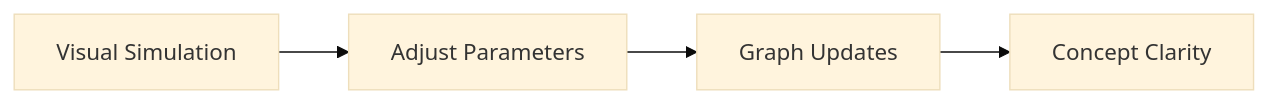
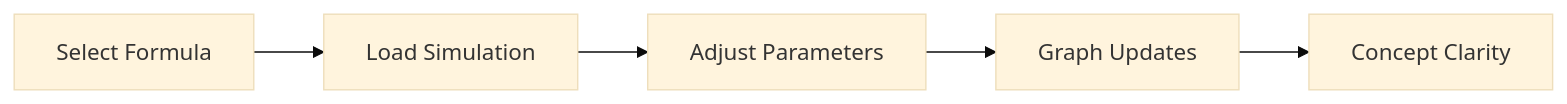
The diagram in README.md (nirmalyamohanty/phyzics), drawn with Mermaid (base theme) before and after one commit. The commit also changed other lines of this file, not shown here.

````diff
--- a/README.md
+++ b/README.md
@@ -105,6 +130,7 @@
 ```mermaid
 flowchart LR
-A[Visual Simulation] --> B[Adjust Parameters]
-B --> C[Graph Updates]
-C --> D[Concept Clarity]
+A[Select Formula] --> B[Load Simulation]
+B --> C[Adjust Parameters]
+C --> D[Graph Updates]
+D --> E[Concept Clarity]
 ```
````
